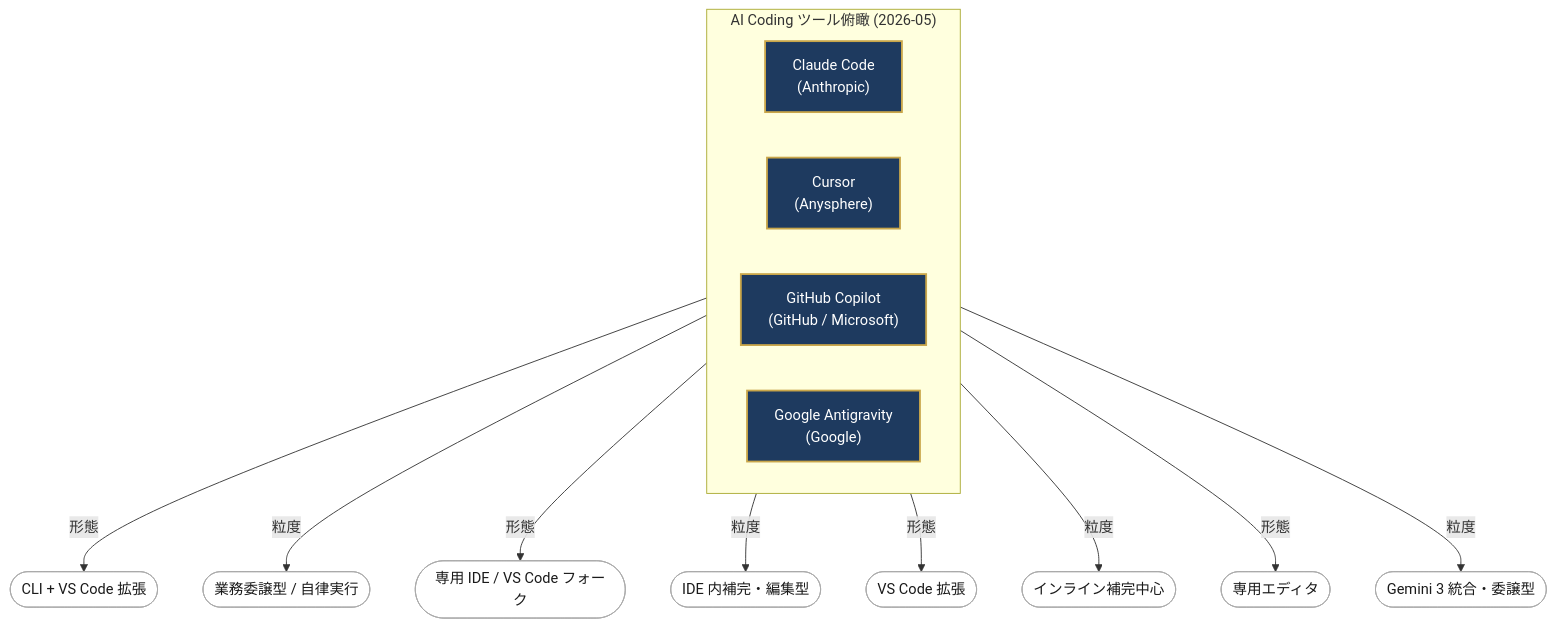
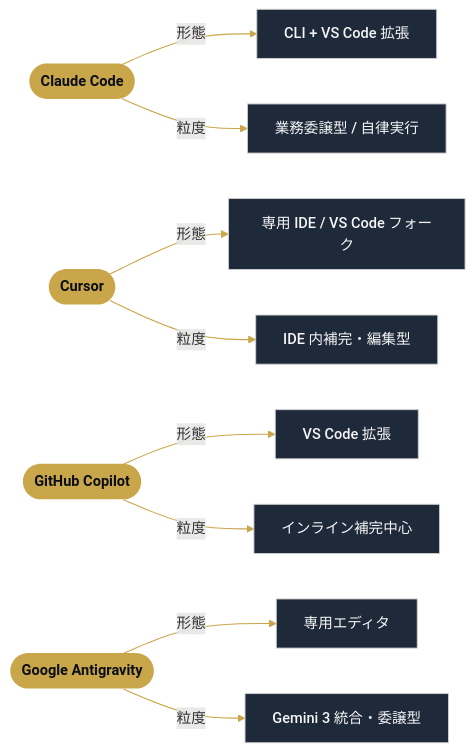
The second of 2 diagrams in src/content/articles/claude-code-introduction-vscode-2026.mdx (mimic-labo/imperial-sakas-site), drawn with Mermaid before and after one commit. The commit also changed other lines of this file and 4 other files, not shown here.

First line of the commit message:
fix(phase-a.1): 画像フィードバック反映 (OG レイアウト改造 + Mermaid モダン化 + ヒーロー再生成)

````diff
--- a/src/content/articles/claude-code-introduction-vscode-2026.mdx
+++ b/src/content/articles/claude-code-introduction-vscode-2026.mdx
@@ -377,24 +383,19 @@
 ```mermaid
-flowchart TB
-  subgraph "AI Coding ツール俯瞰 (2026-05)"
-    direction LR
-    CC["Claude Code<br/>(Anthropic)"]
-    Cursor["Cursor<br/>(Anysphere)"]
-    Copilot["GitHub Copilot<br/>(GitHub / Microsoft)"]
-    AntiG["Google Antigravity<br/>(Google)"]
-  end
+flowchart LR
+  CC([Claude Code]) -->|形態| CCForm[CLI + VS Code 拡張]
+  CC -->|粒度| CCGrain[業務委譲型 / 自律実行]
+  Cursor([Cursor]) -->|形態| CursorForm[専用 IDE / VS Code フォーク]
+  Cursor -->|粒度| CursorGrain[IDE 内補完・編集型]
+  Copilot([GitHub Copilot]) -->|形態| CopilotForm[VS Code 拡張]
+  Copilot -->|粒度| CopilotGrain[インライン補完中心]
+  AntiG([Google Antigravity]) -->|形態| AntiForm[専用エディタ]
+  AntiG -->|粒度| AntiGrain[Gemini 3 統合・委譲型]
 
-  CC -->|形態| CCForm([CLI + VS Code 拡張])
-  CC -->|粒度| CCGrain([業務委譲型 / 自律実行])
-  Cursor -->|形態| CursorForm([専用 IDE / VS Code フォーク])
-  Cursor -->|粒度| CursorGrain([IDE 内補完・編集型])
-  Copilot -->|形態| CopilotForm([VS Code 拡張])
-  Copilot -->|粒度| CopilotGrain([インライン補完中心])
-  AntiG -->|形態| AntiForm([専用エディタ])
-  AntiG -->|粒度| AntiGrain([Gemini 3 統合・委譲型])
+  classDef tool fill:#c9a64a,stroke:#c9a64a,color:#0a0e16,stroke-width:0px,font-weight:700
+  classDef attr fill:#1e2a3a,stroke:#cfcfcf,color:#f5f5f5,stroke-width:1px,font-weight:500
 
-  classDef tool fill:#1e3a5f,color:#fff,stroke:#c9a64a,stroke-width:2px
-  classDef form fill:#fff,color:#1a1a1a,stroke:#aaa
   class CC,Cursor,Copilot,AntiG tool
-  class CCForm,CursorForm,CopilotForm,AntiForm,CCGrain,CursorGrain,CopilotGrain,AntiGrain form
+  class CCForm,CursorForm,CopilotForm,AntiForm,CCGrain,CursorGrain,CopilotGrain,AntiGrain attr
+
+  linkStyle default stroke:#c9a64a,stroke-width:1.2px
 ```
````
